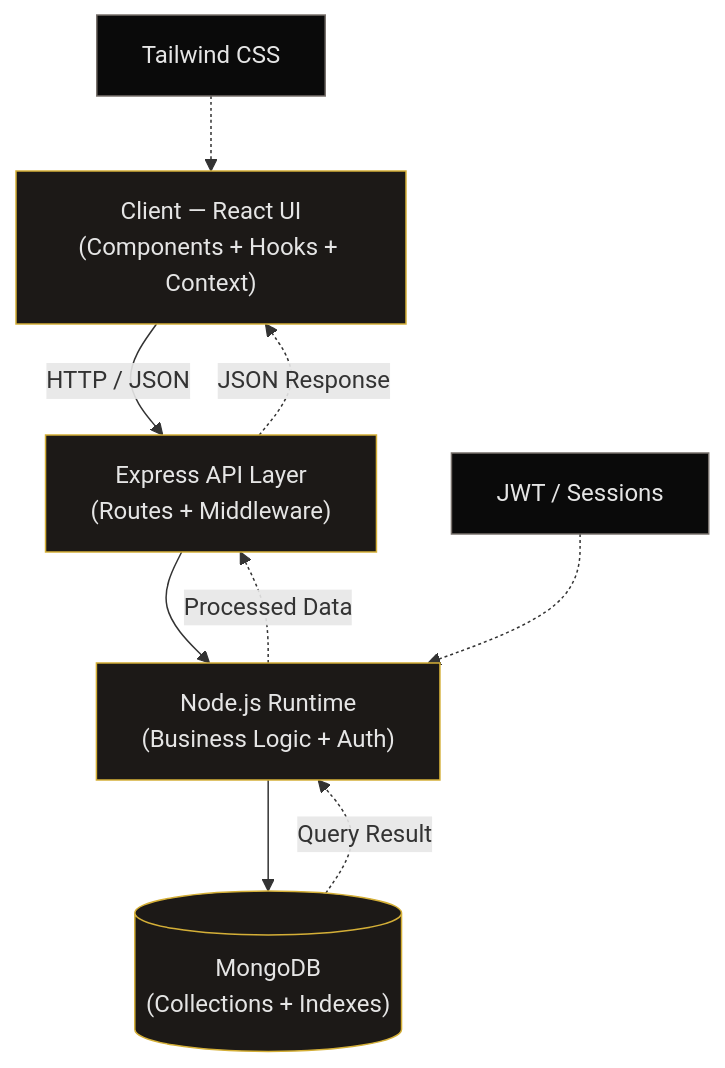
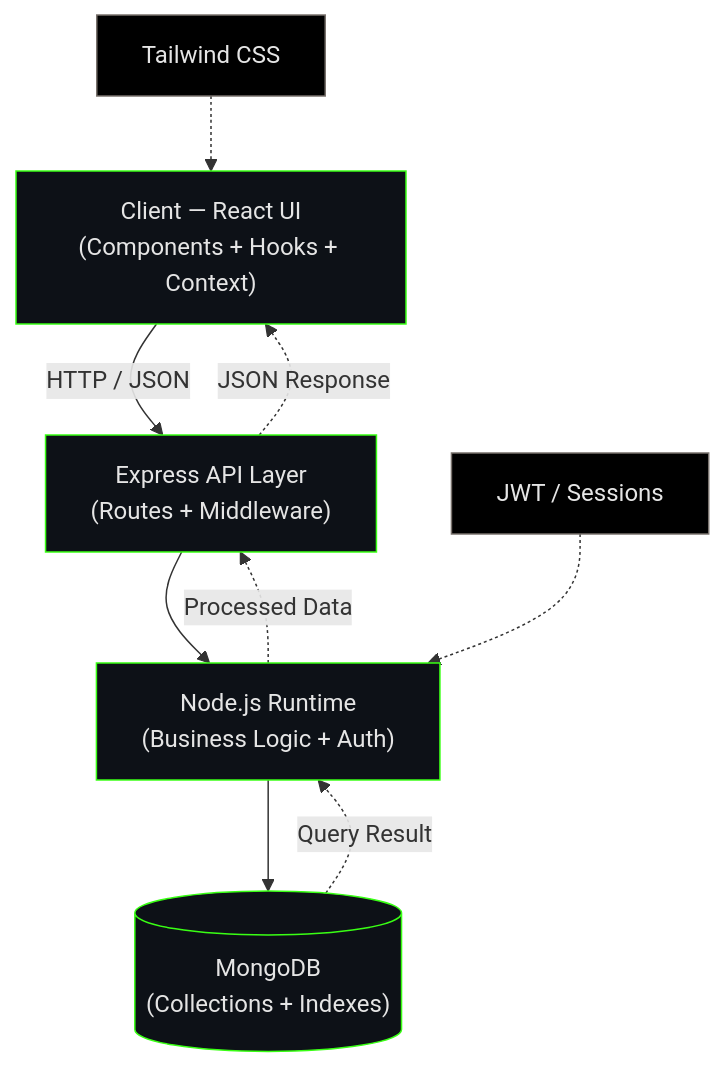
The fourth of 12 diagrams in README.md (Faizan-khan144/Faizan-khan144), drawn with Mermaid before and after one commit. The commit also changed other lines of this file, not shown here.

````diff
--- a/README.md
+++ b/README.md
@@ -227,18 +229,18 @@
 ```mermaid
 flowchart TD
     A["Client — React UI<br/>(Components + Hooks + Context)"] -->|HTTP / JSON| B["Express API Layer<br/>(Routes + Middleware)"]
     B --> C["Node.js Runtime<br/>(Business Logic + Auth)"]
     C --> D[("MongoDB<br/>(Collections + Indexes)")]
     D -.->|Query Result| C
     C -.->|Processed Data| B
     B -.->|JSON Response| A
     E["Tailwind CSS"] -.-> A
     F["JWT / Sessions"] -.-> C
 
-    style A fill:#1c1917,stroke:#d4af37,color:#e5e5e5
-    style B fill:#1c1917,stroke:#d4af37,color:#e5e5e5
-    style C fill:#1c1917,stroke:#d4af37,color:#e5e5e5
-    style D fill:#1c1917,stroke:#d4af37,color:#e5e5e5
-    style E fill:#0a0a0a,stroke:#78716c,color:#e5e5e5
-    style F fill:#0a0a0a,stroke:#78716c,color:#e5e5e5
+    style A fill:#0d1117,stroke:#39FF14,color:#e5e5e5
+    style B fill:#0d1117,stroke:#39FF14,color:#e5e5e5
+    style C fill:#0d1117,stroke:#39FF14,color:#e5e5e5
+    style D fill:#0d1117,stroke:#39FF14,color:#e5e5e5
+    style E fill:#000000,stroke:#78716c,color:#e5e5e5
+    style F fill:#000000,stroke:#78716c,color:#e5e5e5
 ```
````
